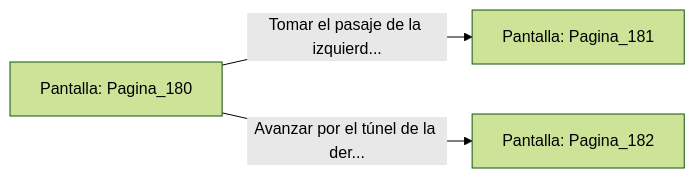
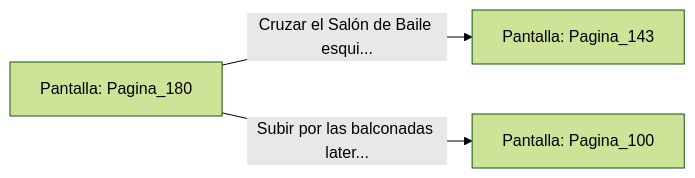
Before and after one commit to metsuke/mpl: the diagram in sample/eligejuego-vault/Pantalla_Pagina_180.md, drawn with Mermaid (forest theme). The commit also changed other lines of this file and 635 other files, not shown here.

First line of the commit message:
fix: añadir Pagina_1 como pantalla inicial en capitulo_01.mpl

````diff
--- a/sample/eligejuego-vault/Pantalla_Pagina_180.md
+++ b/sample/eligejuego-vault/Pantalla_Pagina_180.md
@@ -20,6 +22,6 @@
 ```mermaid
 graph LR
     P_Pagina_180["Pantalla: Pagina_180"]
-    P_Pagina_180 -->|"Tomar el pasaje de la izquierd..."| P_Pagina_181["Pantalla: Pagina_181"]
-    P_Pagina_180 -->|"Avanzar por el túnel de la der..."| P_Pagina_182["Pantalla: Pagina_182"]
+    P_Pagina_180 -->|"Cruzar el Salón de Baile esqui..."| P_Pagina_143["Pantalla: Pagina_143"]
+    P_Pagina_180 -->|"Subir por las balconadas later..."| P_Pagina_100["Pantalla: Pagina_100"]
 ```
````
